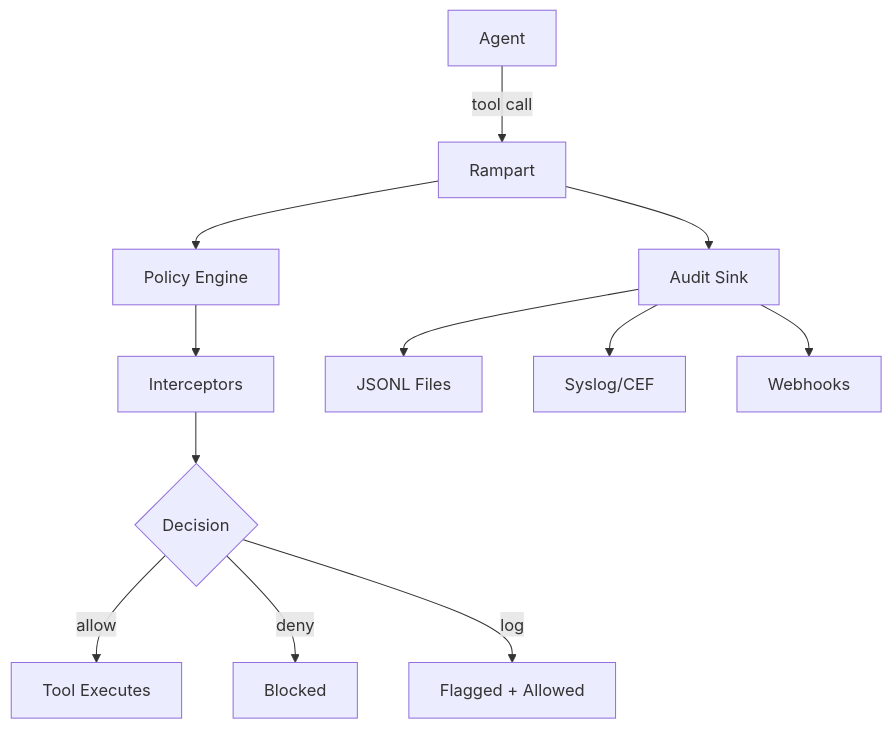
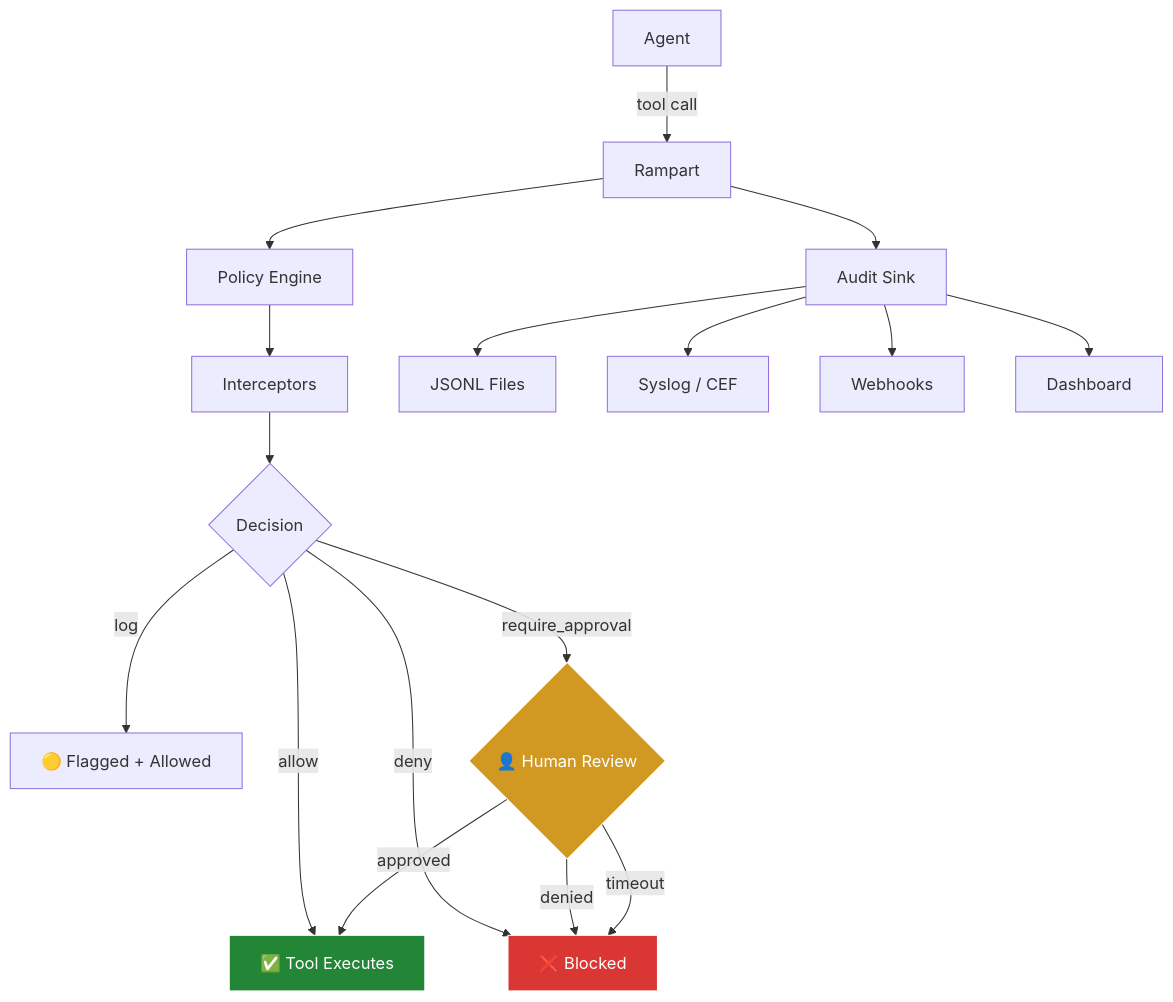
One commit to peg/rampart changed the diagram in docs-site/reference/architecture.md. Above: the diagram before and after it, drawn with Mermaid. The commit also changed 5 other files, not shown here.

First line of the commit message:
docs: update all diagrams for v0.2.0

````diff
--- a/docs-site/reference/architecture.md
+++ b/docs-site/reference/architecture.md
@@ -7,14 +7,23 @@
 ```mermaid
 graph TB
     A[Agent] -->|tool call| R[Rampart]
     R --> PE[Policy Engine]
     PE --> I[Interceptors]
     I --> D{Decision}
-    D -->|allow| T[Tool Executes]
-    D -->|deny| B[Blocked]
-    D -->|log| L[Flagged + Allowed]
+    D -->|allow| T[✅ Tool Executes]
+    D -->|deny| B[❌ Blocked]
+    D -->|log| L[🟡 Flagged + Allowed]
+    D -->|require_approval| AP{👤 Human Review}
+    AP -->|approved| T
+    AP -->|denied| B
+    AP -->|timeout| B
     R --> AU[Audit Sink]
     AU --> J[JSONL Files]
-    AU --> S[Syslog/CEF]
+    AU --> S[Syslog / CEF]
     AU --> W[Webhooks]
+    AU --> DB[Dashboard]
+
+    style AP fill:#d29922,stroke:#fff,color:#fff
+    style T fill:#238636,stroke:#fff,color:#fff
+    style B fill:#da3633,stroke:#fff,color:#fff
 ```
````
